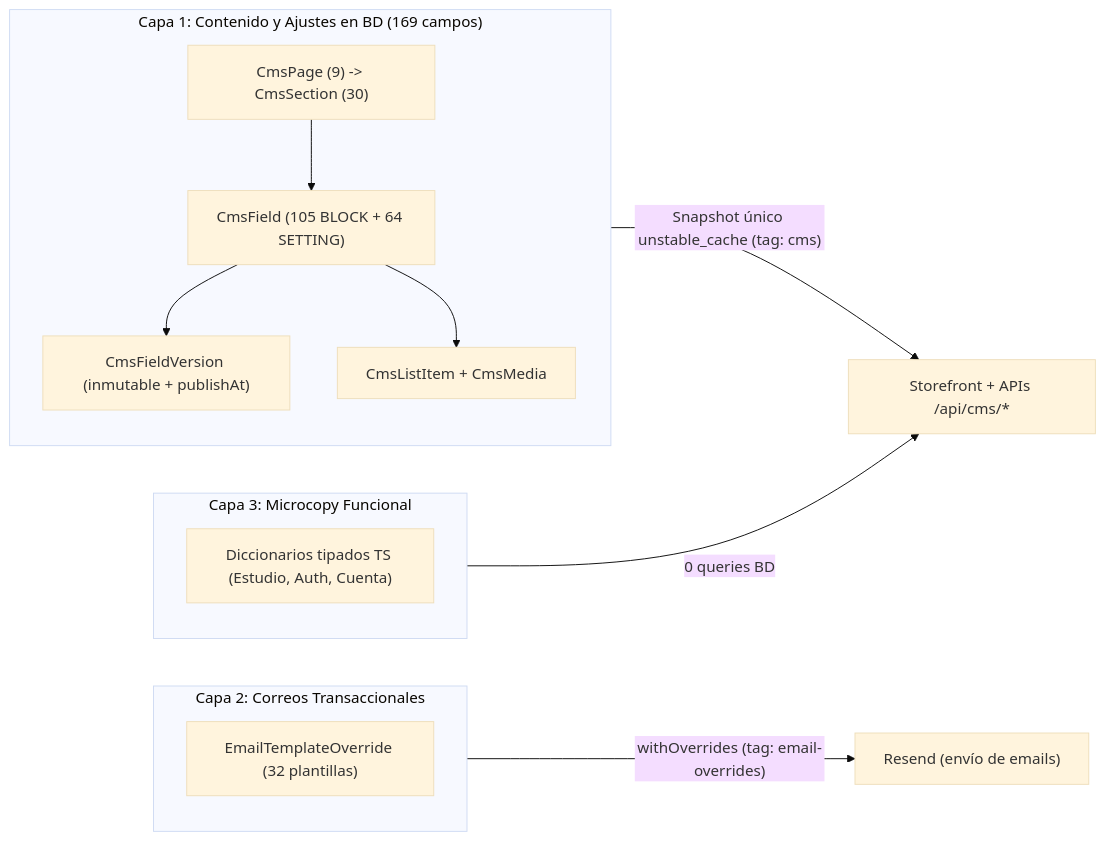
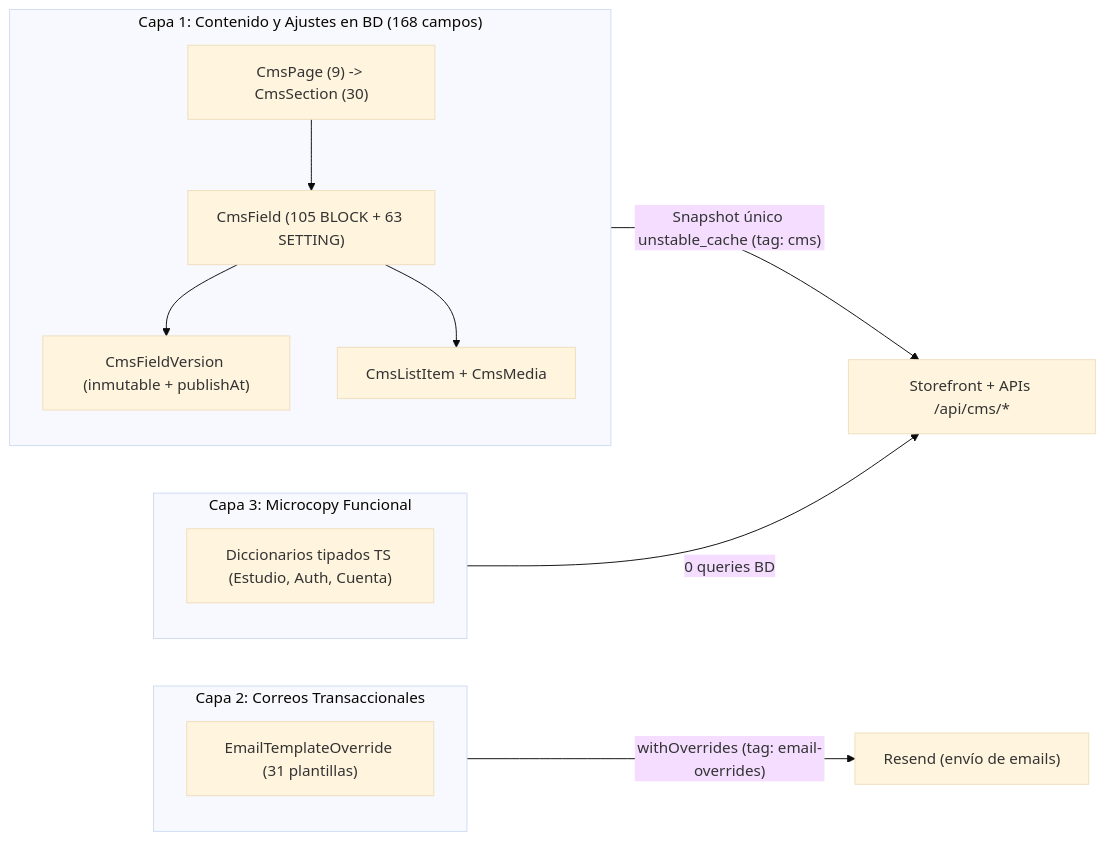
The second of 2 diagrams in docs/domains/catalog-and-cms.md (jullieth93/lucams), drawn with Mermaid (base theme) before and after one commit. The commit also changed other lines of this file and 274 other files, not shown here.

Commit message:
feat!: remove legacy individual quote flow

````diff
--- a/docs/domains/catalog-and-cms.md
+++ b/docs/domains/catalog-and-cms.md
@@ -83,17 +83,17 @@
 ```mermaid
 flowchart LR
-  subgraph L1["Capa 1: Contenido y Ajustes en BD (169 campos)"]
-    P["CmsPage (9) -> CmsSection (30)"] --> F["CmsField (105 BLOCK + 64 SETTING)"]
+  subgraph L1["Capa 1: Contenido y Ajustes en BD (168 campos)"]
+    P["CmsPage (9) -> CmsSection (30)"] --> F["CmsField (105 BLOCK + 63 SETTING)"]
     F --> V["CmsFieldVersion (inmutable + publishAt)"]
     F --> LI["CmsListItem + CmsMedia"]
   end
   subgraph L2["Capa 2: Correos Transaccionales"]
-    EM["EmailTemplateOverride (32 plantillas)"]
+    EM["EmailTemplateOverride (31 plantillas)"]
   end
   subgraph L3["Capa 3: Microcopy Funcional"]
     TS["Diccionarios tipados TS (Estudio, Auth, Cuenta)"]
   end
   L1 -->|"Snapshot único unstable_cache (tag: cms)"| SF["Storefront + APIs /api/cms/*"]
   L2 -->|"withOverrides (tag: email-overrides)"| RS["Resend (envío de emails)"]
   L3 -->|"0 queries BD"| SF
 ```
````
